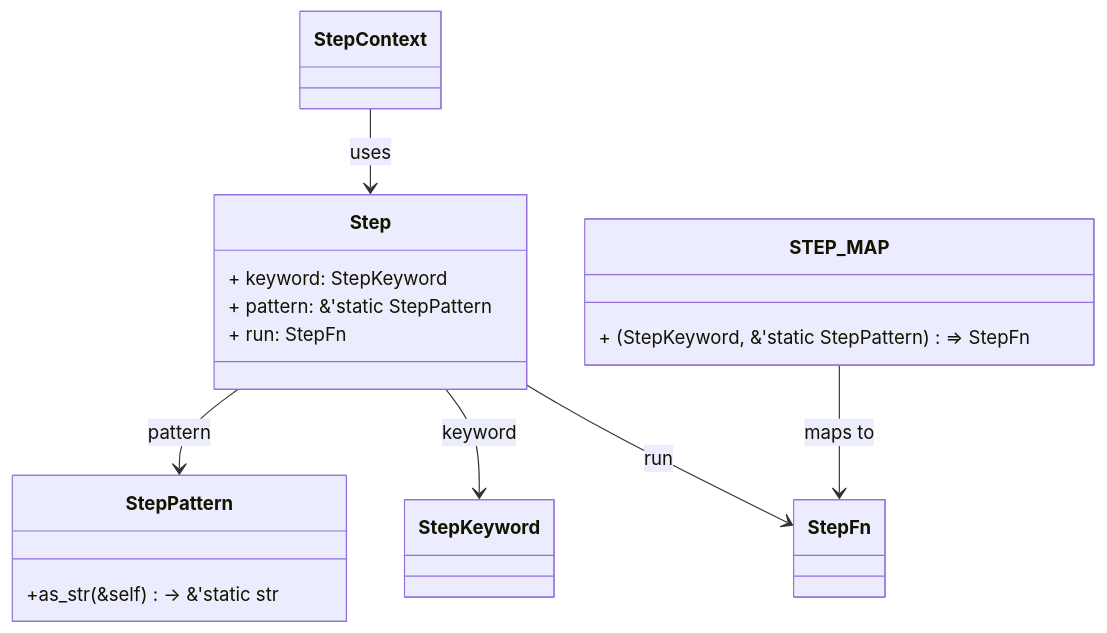
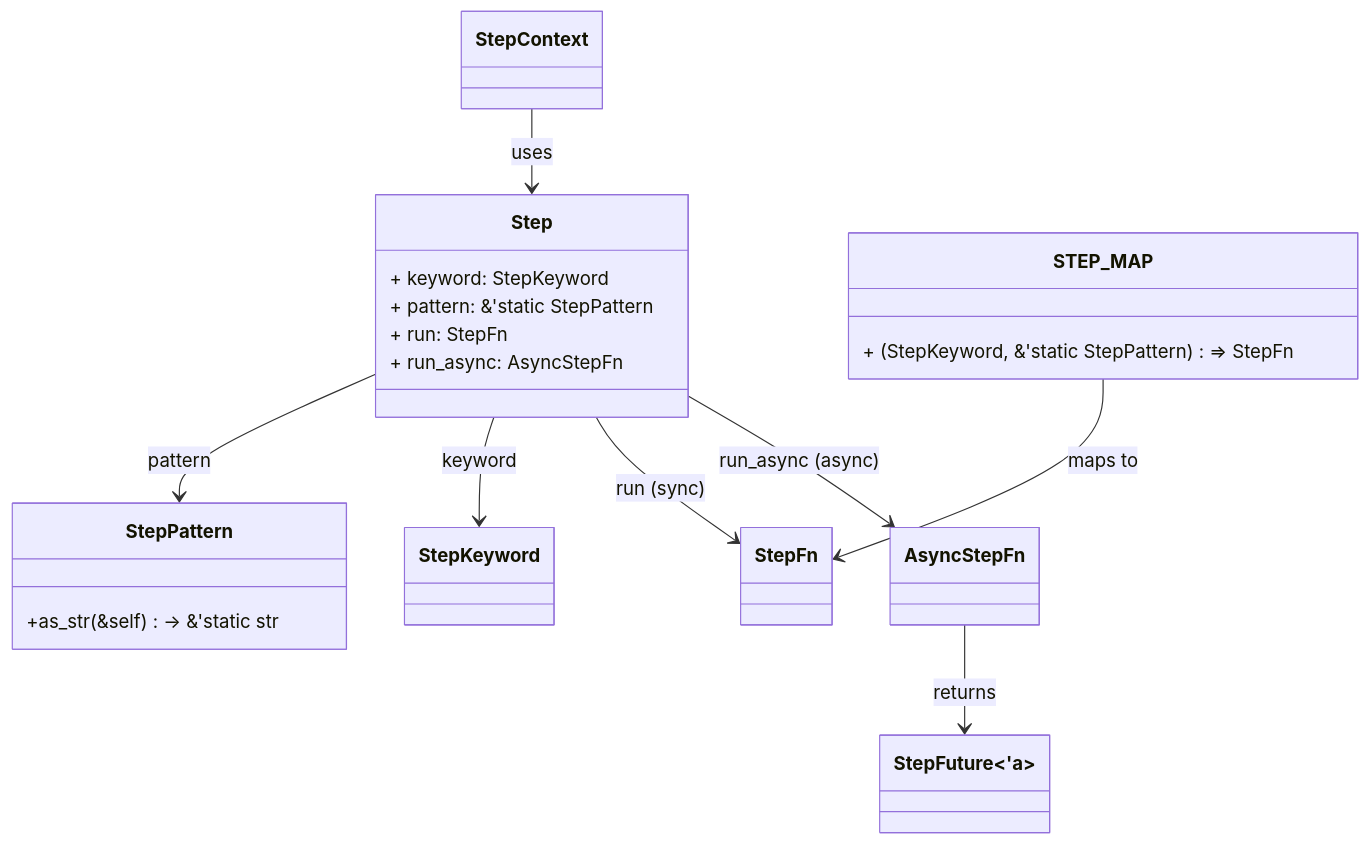
Before and after one commit to leynos/rstest-bdd: the sixth of 18 diagrams in docs/rstest-bdd-design.md, drawn with Mermaid. The commit also changed other lines of this file and 1 other file, not shown here.

First line of the commit message:
docs(async-step-execution): add detailed async step execution design and roadmap

````diff
--- a/docs/rstest-bdd-design.md
+++ b/docs/rstest-bdd-design.md
@@ -909,20 +920,25 @@
 ```mermaid
 classDiagram
     class Step {
         + keyword: StepKeyword
         + pattern: &'static StepPattern
         + run: StepFn
+        + run_async: AsyncStepFn
     }
     class StepKeyword
     class StepFn
+    class AsyncStepFn
+    class StepFuture~'a~
     class StepContext
     Step --> StepPattern : pattern
     Step --> StepKeyword : keyword
-    Step --> StepFn : run
+    Step --> StepFn : run (sync)
+    Step --> AsyncStepFn : run_async (async)
+    AsyncStepFn --> StepFuture~'a~ : returns
     class STEP_MAP {
         + (StepKeyword, &'static StepPattern) => StepFn
     }
     StepPattern : +as_str(&self) -> &'static str
     STEP_MAP --> StepFn : maps to
     StepContext --> Step : uses
 ```
````
